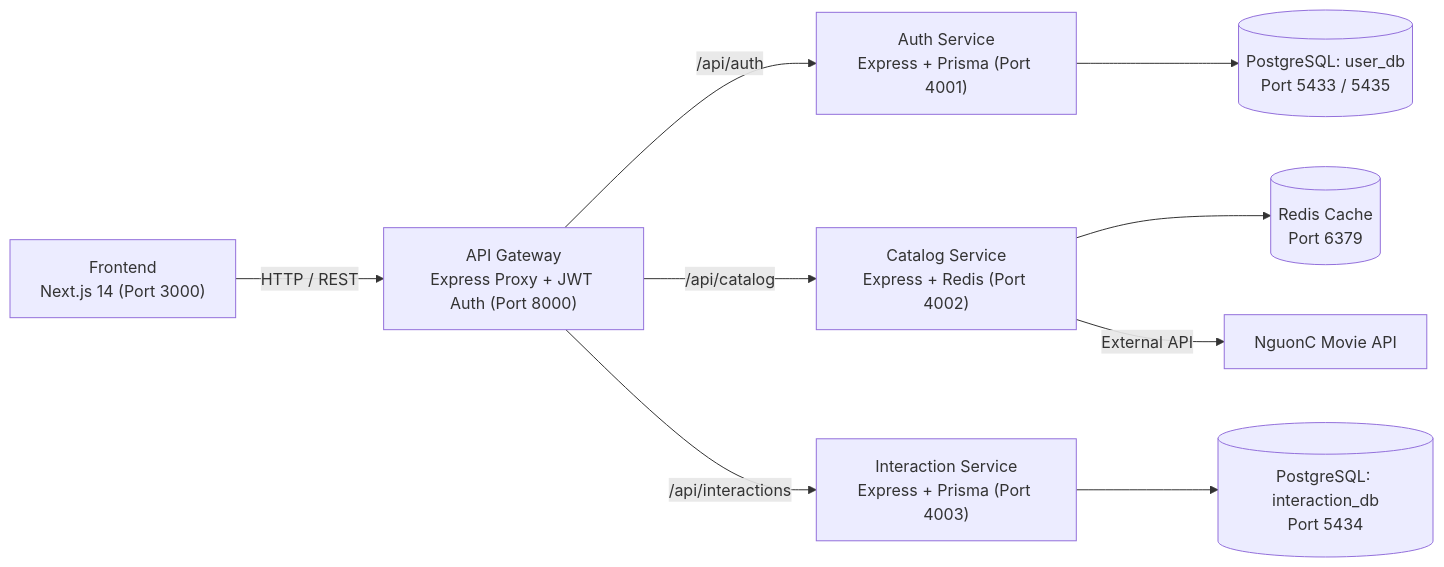
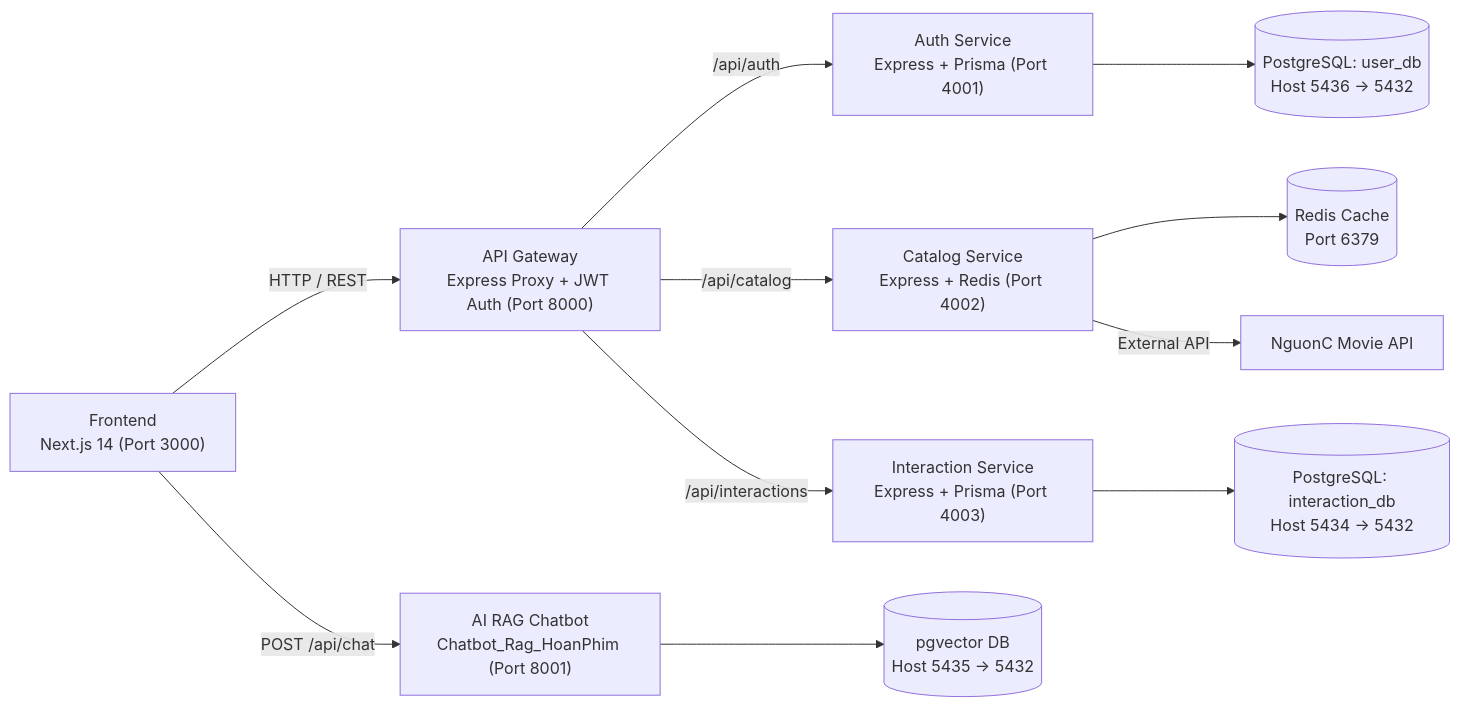
One commit to hoandz1zzz/HOANPHIM changed the diagram in README.md. Above: the diagram before and after it, drawn with Mermaid. The commit also changed other lines of this file and 2 other files, not shown here.

Commit message:
docs(readme): update architecture diagram, AI chatbot link and docker quickstart

````diff
--- a/README.md
+++ b/README.md
@@ -9,13 +11,15 @@
 ```mermaid
 flowchart LR
     Client["Frontend<br/>Next.js 14 (Port 3000)"] -->|"HTTP / REST"| Gateway["API Gateway<br/>Express Proxy + JWT Auth (Port 8000)"]
+    Client -->|"POST /api/chat"| Chatbot["AI RAG Chatbot<br/>Chatbot_Rag_HoanPhim (Port 8001)"]
 
     Gateway -->|"/api/auth"| Auth["Auth Service<br/>Express + Prisma (Port 4001)"]
     Gateway -->|"/api/catalog"| Catalog["Catalog Service<br/>Express + Redis (Port 4002)"]
     Gateway -->|"/api/interactions"| Interact["Interaction Service<br/>Express + Prisma (Port 4003)"]
 
-    Auth --> UserDB[("PostgreSQL: user_db<br/>Port 5433 / 5435")]
+    Auth --> UserDB[("PostgreSQL: user_db<br/>Host 5436 -> 5432")]
     Catalog --> Redis[("Redis Cache<br/>Port 6379")]
     Catalog -->|"External API"| NguonC["NguonC Movie API"]
-    Interact --> InterDB[("PostgreSQL: interaction_db<br/>Port 5434")]
+    Interact --> InterDB[("PostgreSQL: interaction_db<br/>Host 5434 -> 5432")]
+    Chatbot --> VectorDB[("pgvector DB<br/>Host 5435 -> 5432")]
 ```
````
